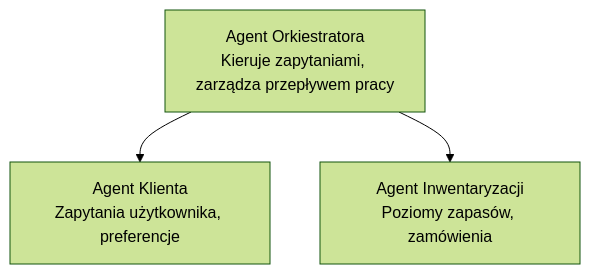
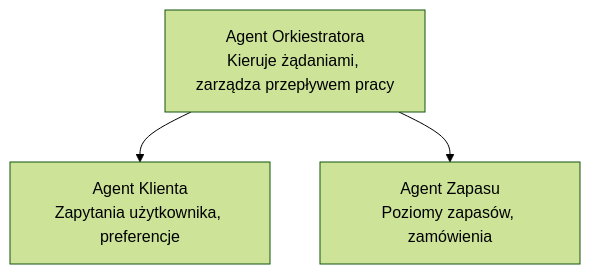
The diagram in translations/pl/docs/chapter-05-multi-agent/README.md (microsoft/AZD-for-beginners), drawn with Mermaid (forest theme) before and after one commit. The commit also changed other lines of this file and 61 other files, not shown here.

````diff
--- a/translations/pl/docs/chapter-05-multi-agent/README.md
+++ b/translations/pl/docs/chapter-05-multi-agent/README.md
@@ -54,5 +54,5 @@
 ```mermaid
 graph TD
-    Orchestrator[Agent Orkiestratora<br/>Kieruje zapytaniami, zarządza przepływem pracy] --> Customer[Agent Klienta<br/>Zapytania użytkownika, preferencje]
-    Orchestrator --> Inventory[Agent Inwentaryzacji<br/>Poziomy zapasów, zamówienia]
+    Orchestrator[Agent Orkiestratora<br/>Kieruje żądaniami, zarządza przepływem pracy] --> Customer[Agent Klienta<br/>Zapytania użytkownika, preferencje]
+    Orchestrator --> Inventory[Agent Zapasu<br/>Poziomy zapasów, zamówienia]
 ```
````
